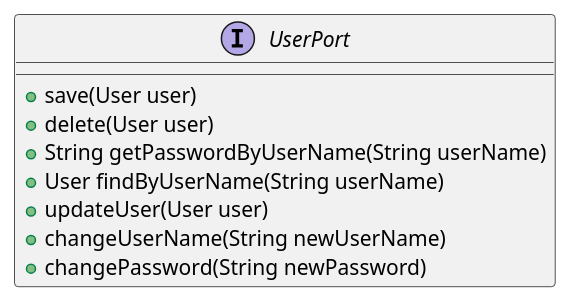
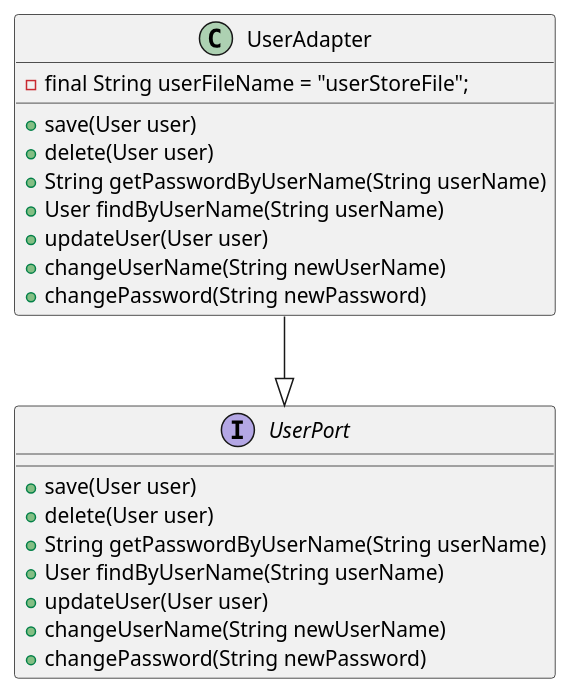
Before and after one commit to mohjohfox/cli-sudoku: the diagram in uml/ddd/Repositories_UserPort.puml, drawn with PlantUML. The commit also changed 2 other files, not shown here.

Commit message:
User Repo updated uml

```diff
--- a/uml/ddd/Repositories_UserPort.puml
+++ b/uml/ddd/Repositories_UserPort.puml
@@ -1,11 +1,24 @@
 @startUml
 interface UserPort{
 +save(User user)
 +delete(User user)
 +String getPasswordByUserName(String userName)
 +User findByUserName(String userName)
 +updateUser(User user)
 +changeUserName(String newUserName)
 +changePassword(String newPassword)
 }
+
+class UserAdapter{
+-final String userFileName = "userStoreFile";
++save(User user)
++delete(User user)
++String getPasswordByUserName(String userName)
++User findByUserName(String userName)
++updateUser(User user)
++changeUserName(String newUserName)
++changePassword(String newPassword)
+}
+
+UserAdapter --|> UserPort
 @endUml
```
